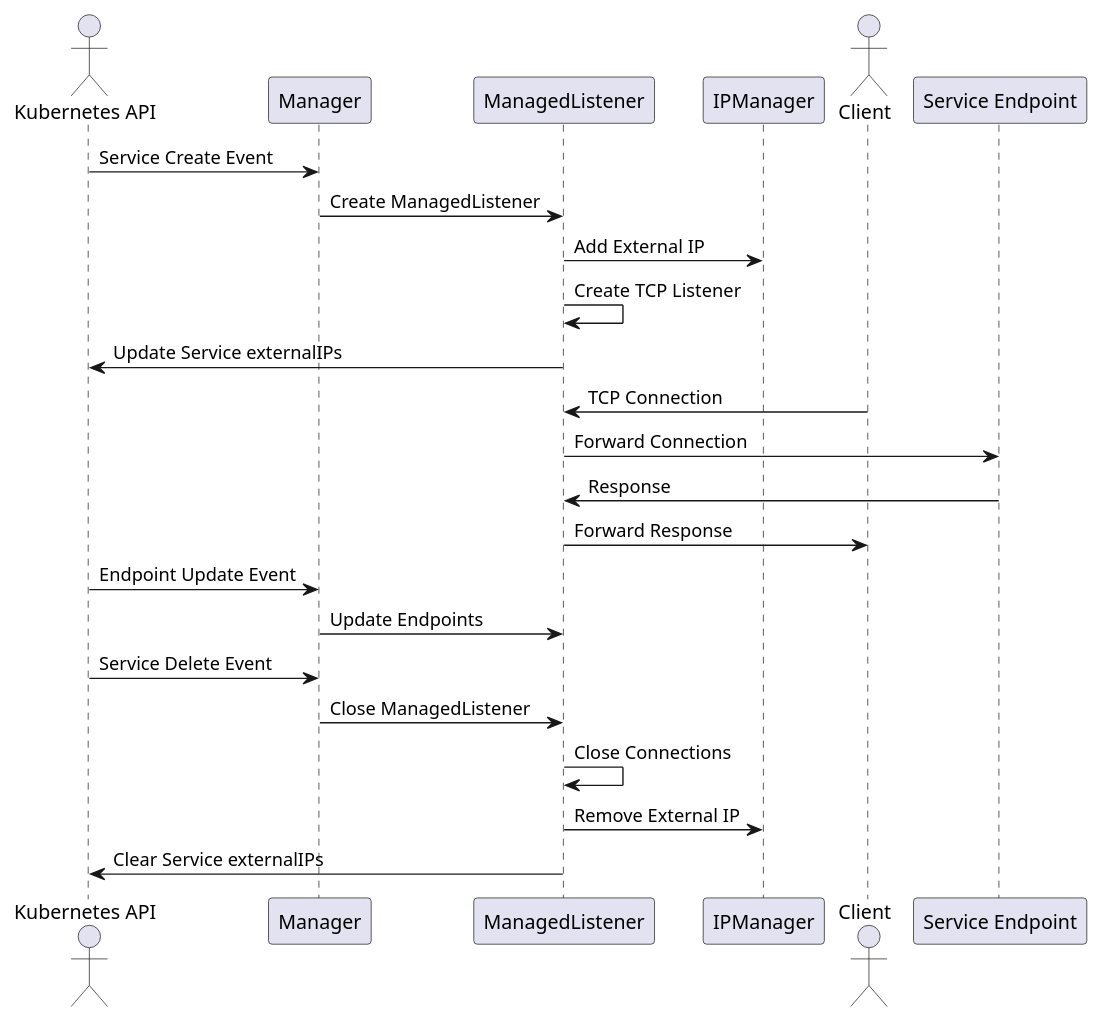
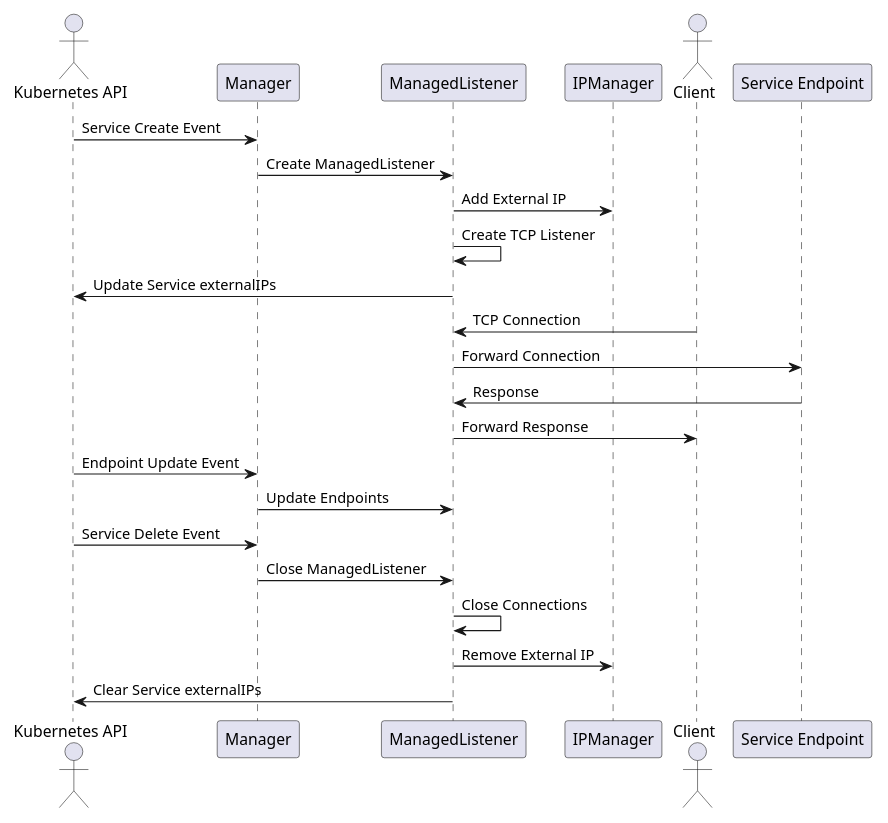
The second of 7 diagrams in doc/architecture-diagrams.org (davidwalter0/loadbalancer), drawn with PlantUML before and after one commit. The commit also changed other lines of this file and 67 other files, not shown here.

```diff
--- a/doc/architecture-diagrams.org
+++ b/doc/architecture-diagrams.org
@@ -83,30 +89,32 @@
-#+begin_src plantuml :file operational-flow.png
+#+begin_src plantuml :file operational-flow.png :results file
 @startuml
+scale 0.8
+
 actor "Kubernetes API" as KubeAPI
 participant Manager as Mgr
 participant ManagedListener as ML
 participant IPManager as IP
 actor Client
 participant "Service Endpoint" as Backend
 
 KubeAPI -> Mgr: Service Create Event
 Mgr -> ML: Create ManagedListener
 ML -> IP: Add External IP
 ML -> ML: Create TCP Listener
 ML -> KubeAPI: Update Service externalIPs
 
 Client -> ML: TCP Connection
 ML -> Backend: Forward Connection
 Backend -> ML: Response
 ML -> Client: Forward Response
 
 KubeAPI -> Mgr: Endpoint Update Event
 Mgr -> ML: Update Endpoints
 
 KubeAPI -> Mgr: Service Delete Event
 Mgr -> ML: Close ManagedListener
 ML -> ML: Close Connections
 ML -> IP: Remove External IP
 ML -> KubeAPI: Clear Service externalIPs
 @enduml
 #+end_src
```
